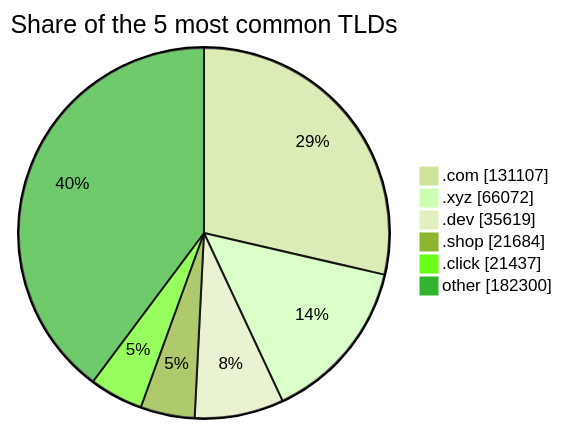
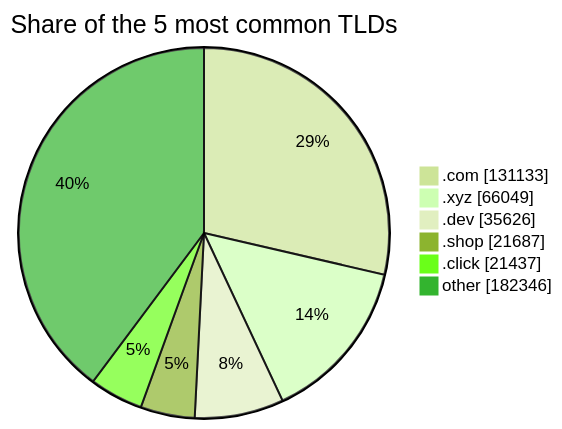
One commit to DNSBunker/CTI changed the third of 3 diagrams in README.md. Above: the diagram before and after it, drawn with Mermaid (forest theme). The commit also changed other lines of this file and 3 other files, not shown here.

````diff
--- a/README.md
+++ b/README.md
@@ -81,9 +81,9 @@
 ```mermaid
 pie showData title Share of the 5 most common TLDs
-    ".com" : 131107
-    ".xyz" : 66072
-    ".dev" : 35619
-    ".shop" : 21684
+    ".com" : 131133
+    ".xyz" : 66049
+    ".dev" : 35626
+    ".shop" : 21687
     ".click" : 21437
-    "other" : 182300
+    "other" : 182346
 ```
````
